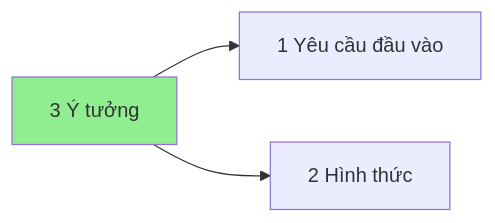
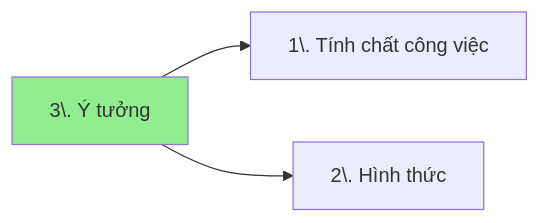
One commit to QuaCau-TheSphere/BW-ton-tai-trong-the-gioi-tu-ban changed the diagram in docs/📜Tài nguyên/Ý tưởng kiếm tiền/index.md. Above: the diagram before and after it, drawn with Mermaid. The commit also changed other lines of this file and 112 other files, not shown here.

````diff
--- a/docs/📜Tài nguyên/Ý tưởng kiếm tiền/index.md
+++ b/docs/📜Tài nguyên/Ý tưởng kiếm tiền/index.md
@@ -16,10 +16,10 @@
 ```mermaid
 flowchart LR
-	1["1 Yêu cầu đầu vào"]
-	2["2 Hình thức"]
-	3["3 Ý tưởng"]
+	1["1\. Tính chất công việc"]
+	2["2\. Hình thức"]
+	3["3\. Ý tưởng"]
 
 3-->1
 3-->2
 style 3 fill:lightgreen
 ```
````
